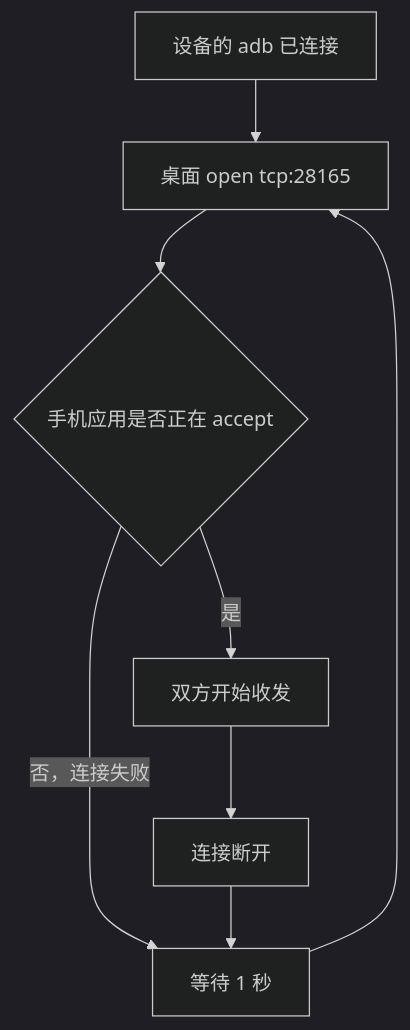
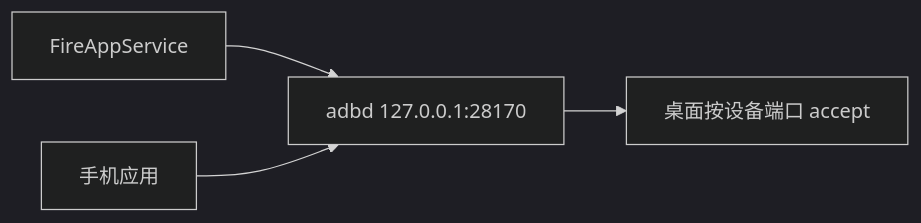
One commit to Mingyueyixi/FireAdb changed the diagram in docs/chat-channel.md. Above: the diagram before and after it, drawn with Mermaid (dark theme). The commit also changed other lines of this file and 15 other files, not shown here.

````diff
--- a/docs/chat-channel.md
+++ b/docs/chat-channel.md
@@ -5,10 +15,6 @@
 ```mermaid
-flowchart TD
-  start["设备的 adb 已连接"] --> open["桌面 open tcp:28165"]
-  open --> up{"手机应用是否正在 accept"}
-  up -->|"否，连接失败"| wait["等待 1 秒"]
-  wait --> open
-  up -->|"是"| link["双方开始收发"]
-  link --> down["连接断开"]
-  down --> wait
+flowchart LR
+  svc["FireAppService"] --> adbd["adbd 127.0.0.1:28170"]
+  app["手机应用"] --> adbd
+  adbd --> desk["桌面按设备端口 accept"]
 ```
````
